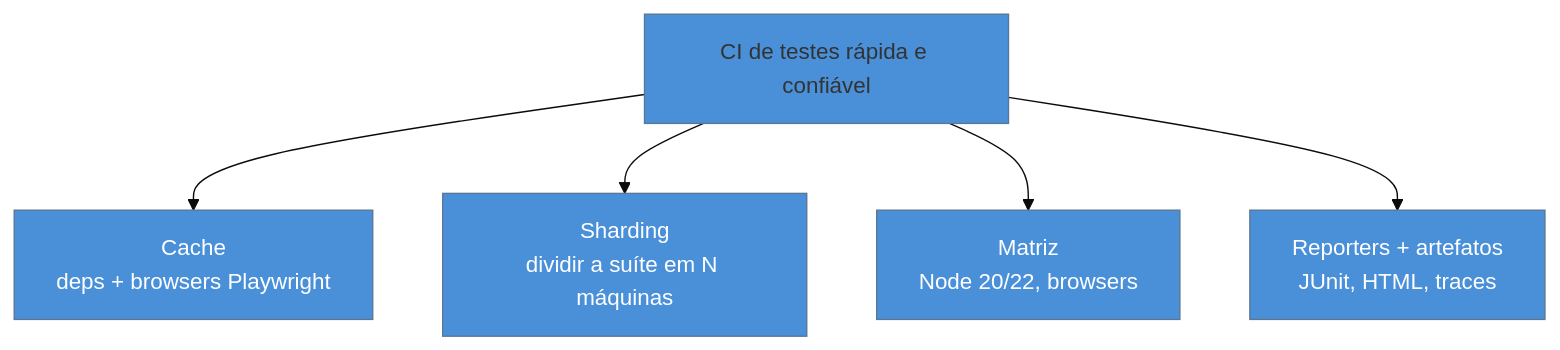
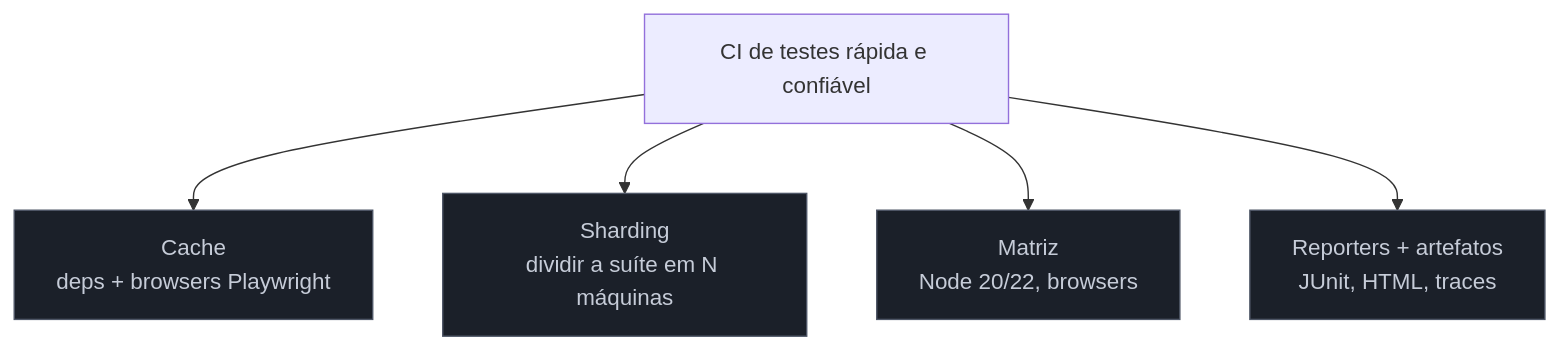
Before and after one commit to josenaldo/codex-technomanticus: the diagram in 03-Dominios/Tecnologia/Testes JS/17 - Testes na CI.md, drawn with Mermaid. The commit also changed 1181 other files, not shown here.

First line of the commit message:
fix(diagramas): paleta do sistema no lugar de cor cravada no markdown

````diff
--- a/03-Dominios/Tecnologia/Testes JS/17 - Testes na CI.md
+++ b/03-Dominios/Tecnologia/Testes JS/17 - Testes na CI.md
@@ -45,12 +45,12 @@
 ```mermaid
-%%{init: {"theme": "base", "themeVariables": {"primaryColor": "#4A90D9"}}}%%
 graph TB
+    classDef neutro fill:#1B2029,stroke:#4E5666,color:#C6CCD8
     A[CI de testes rápida e confiável] --> B["Cache<br/>deps + browsers Playwright"]
     A --> C["Sharding<br/>dividir a suíte em N máquinas"]
     A --> D["Matriz<br/>Node 20/22, browsers"]
     A --> E["Reporters + artefatos<br/>JUnit, HTML, traces"]
-    style B fill:#4A90D9,color:#fff
-    style C fill:#4A90D9,color:#fff
-    style D fill:#4A90D9,color:#fff
-    style E fill:#4A90D9,color:#fff
+    class B neutro
+    class C neutro
+    class D neutro
+    class E neutro
 ```
````
